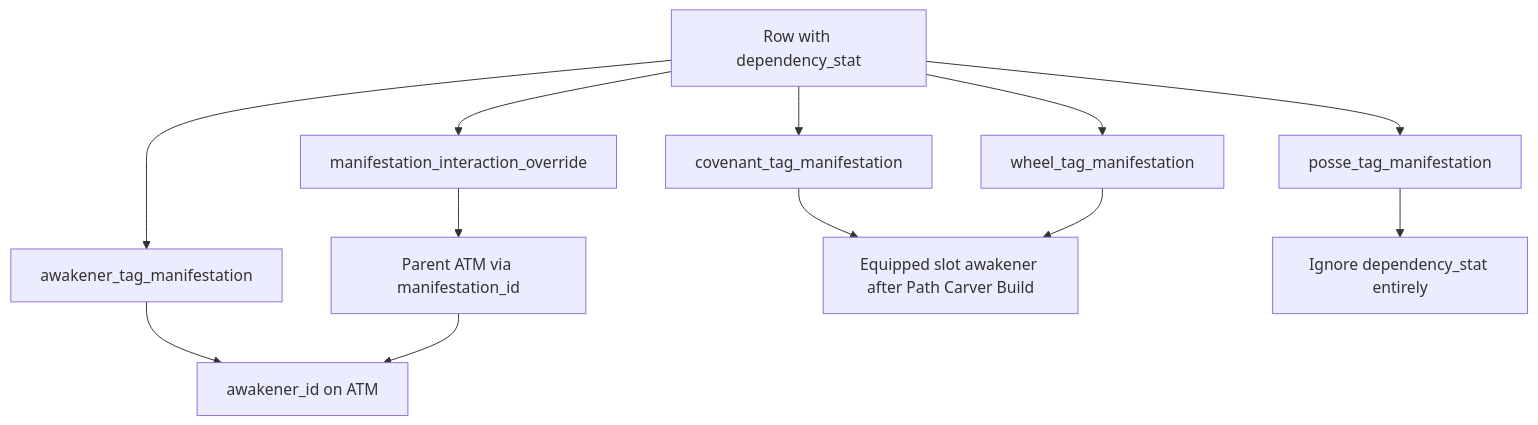
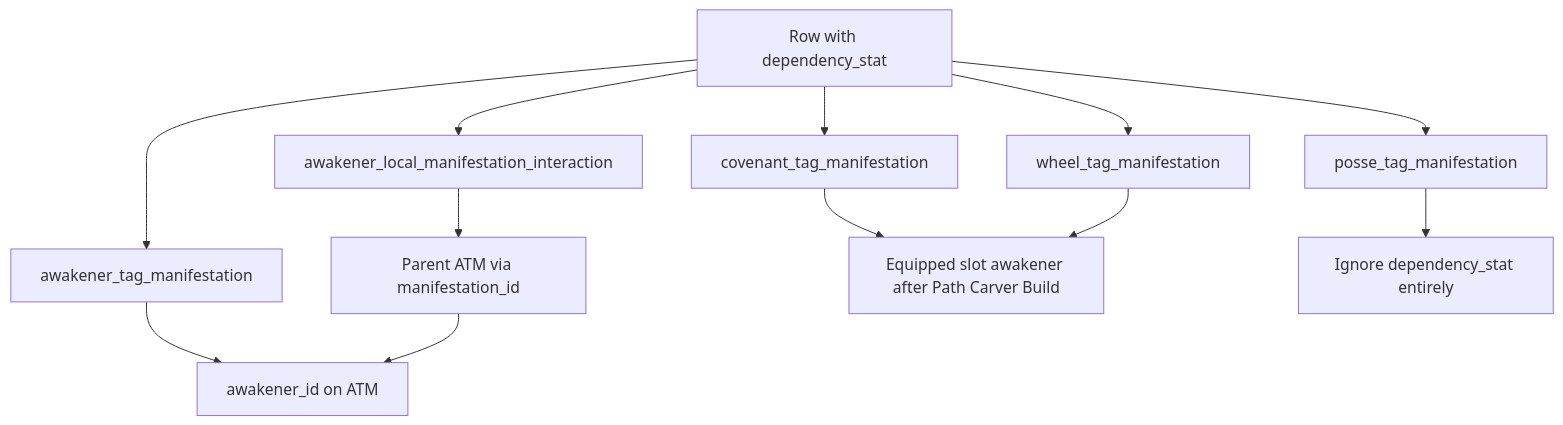
The diagram in .cursor/plans/simulator_phased_plan_7b0fcf95.plan.md (AnotherAurora/MotherTree), drawn with Mermaid before and after one commit. The commit also changed other lines of this file and 16 other files, not shown here.

````diff
--- a/.cursor/plans/simulator_phased_plan_7b0fcf95.plan.md
+++ b/.cursor/plans/simulator_phased_plan_7b0fcf95.plan.md
@@ -461,15 +473,15 @@
 ```mermaid
 flowchart TD
   row[Row with dependency_stat]
   row --> atm[awakener_tag_manifestation]
-  row --> ov[manifestation_interaction_override]
+  row --> ov[awakener_local_manifestation_interaction]
   row --> cov[covenant_tag_manifestation]
   row --> wheel[wheel_tag_manifestation]
   row --> posse[posse_tag_manifestation]
   atm --> aid[awakener_id on ATM]
   ov --> parent[Parent ATM via manifestation_id]
   parent --> aid
   cov --> slot[Equipped slot awakener after Path Carver Build]
   wheel --> slot
   posse --> skip[Ignore dependency_stat entirely]
 ```
````
